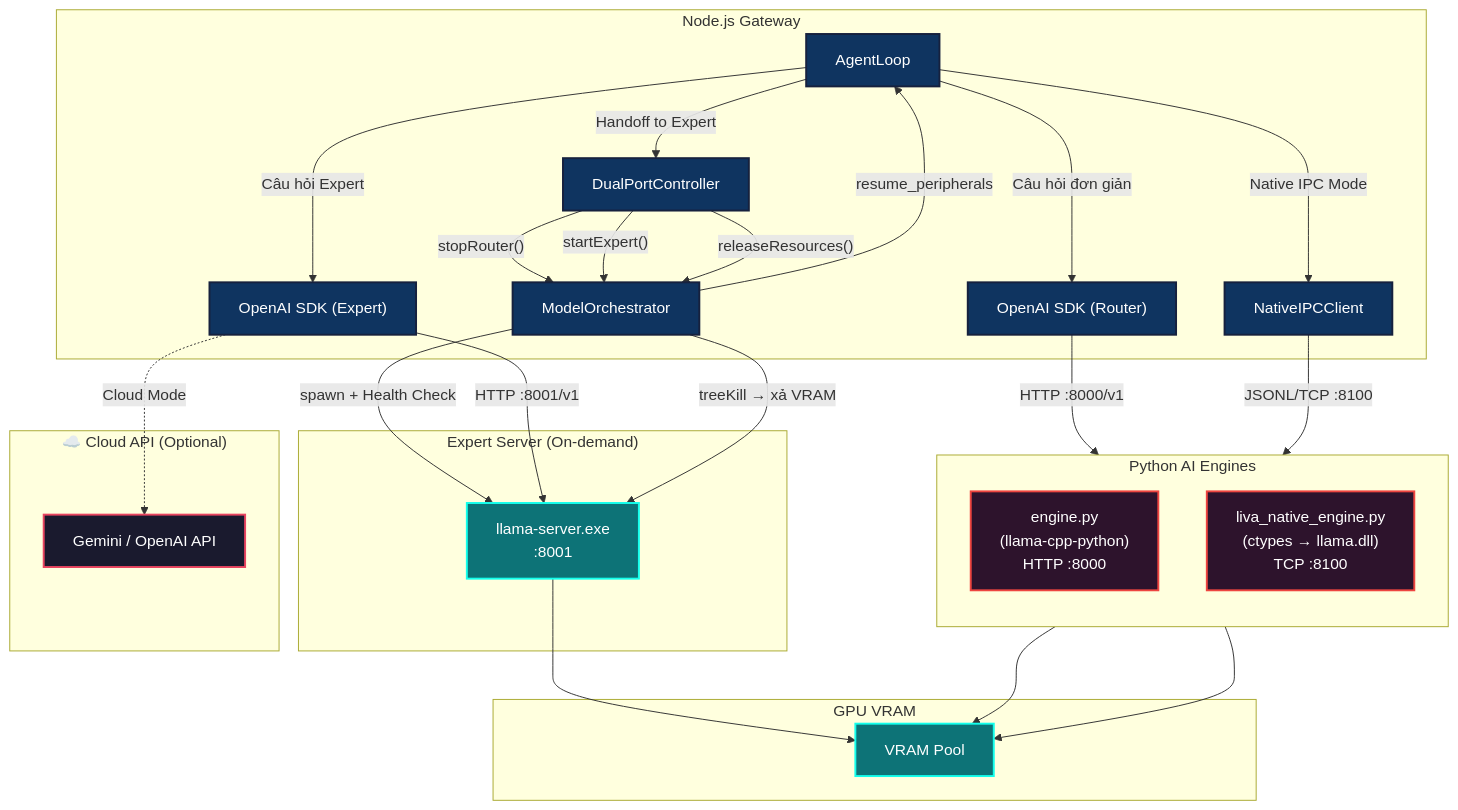
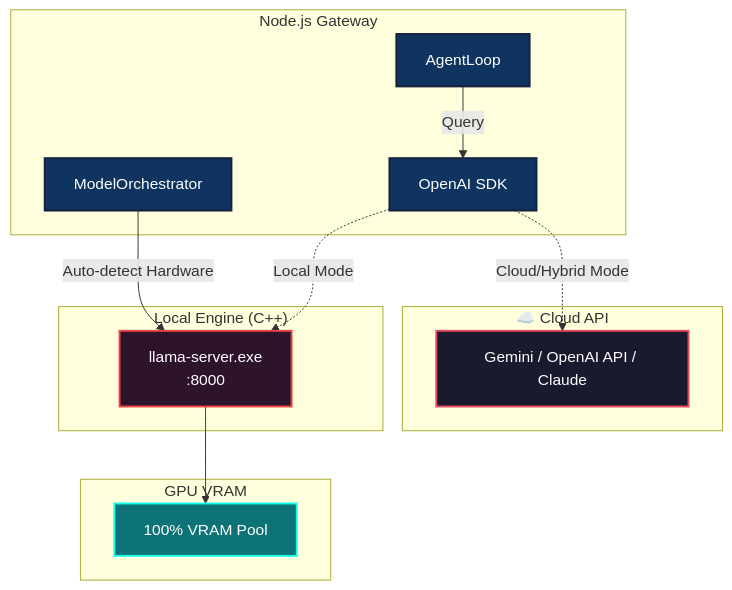
Before and after one commit to DuongNAD/LIVA: the fourth of 7 diagrams in docs/codebase_architecture.md, drawn with Mermaid. The commit also changed other lines of this file and 495 other files, not shown here.

````diff
--- a/docs/codebase_architecture.md
+++ b/docs/codebase_architecture.md
@@ -334,62 +315,38 @@
 ```mermaid
 graph TD
     subgraph Gateway ["Node.js Gateway"]
         AgentLoop["AgentLoop"]
-        DualPort["DualPortController"]
         Orchestrator["ModelOrchestrator"]
-        RouterClient["OpenAI SDK (Router)"]
-        ExpertClient["OpenAI SDK (Expert)"]
-        NativeIPC["NativeIPCClient"]
+        AIClient["OpenAI SDK"]
     end
 
-    subgraph LocalEngine ["Python AI Engines"]
-        direction TB
-        EngineHTTP["engine.py<br/>(llama-cpp-python)<br/>HTTP :8000"]
-        EngineNative["liva_native_engine.py<br/>(ctypes → llama.dll)<br/>TCP :8100"]
-    end
-
-    subgraph ExpertServer ["Expert Server (On-demand)"]
-        LlamaExpert["llama-server.exe<br/>:8001"]
+    subgraph LocalEngine ["Local Engine (C++)"]
+        LlamaServer["llama-server.exe<br/>:8000"]
     end
 
     subgraph GPU ["GPU VRAM"]
-        VRAM["VRAM Pool"]
+        VRAM["100% VRAM Pool"]
     end
 
-    subgraph CloudAPI ["☁️ Cloud API (Optional)"]
-        Gemini["Gemini / OpenAI API"]
+    subgraph CloudAPI ["☁️ Cloud API"]
+        Gemini["Gemini / OpenAI API / Claude"]
     end
 
-    AgentLoop -->|"Câu hỏi đơn giản"| RouterClient
-    AgentLoop -->|"Native IPC Mode"| NativeIPC
+    AgentLoop -->|"Query"| AIClient
+    Orchestrator -->|"Auto-detect Hardware"| LlamaServer
+    
+    AIClient -.->|"Local Mode"| LlamaServer
+    AIClient -.->|"Cloud/Hybrid Mode"| Gemini
 
-    RouterClient -->|"HTTP :8000/v1"| EngineHTTP
-    NativeIPC -->|"JSONL/TCP :8100"| EngineNative
-
-    EngineHTTP --> VRAM
-    EngineNative --> VRAM
-
-    AgentLoop -->|"Handoff to Expert"| DualPort
-    DualPort -->|"stopRouter()"| Orchestrator
-    DualPort -->|"startExpert()"| Orchestrator
-    Orchestrator -->|"spawn + Health Check"| LlamaExpert
-    LlamaExpert --> VRAM
-
-    AgentLoop -->|"Câu hỏi Expert"| ExpertClient
-    ExpertClient -->|"HTTP :8001/v1"| LlamaExpert
-    ExpertClient -.->|"Cloud Mode"| Gemini
-
-    DualPort -->|"releaseResources()"| Orchestrator
-    Orchestrator -->|"treeKill → xả VRAM"| LlamaExpert
-    Orchestrator -->|"resume_peripherals"| AgentLoop
+    LlamaServer --> VRAM
 
     classDef gw fill:#0f3460,stroke:#16213e,stroke-width:2px,color:#fff
     classDef py fill:#2d132c,stroke:#ee4540,stroke-width:2px,color:#fff
     classDef gpu fill:#0d7377,stroke:#14ffec,stroke-width:2px,color:#fff
     classDef cloud fill:#1a1a2e,stroke:#e94560,stroke-width:2px,color:#fff
 
-    class AgentLoop,DualPort,Orchestrator,RouterClient,ExpertClient,NativeIPC gw
-    class EngineHTTP,EngineNative py
-    class LlamaExpert,VRAM gpu
+    class AgentLoop,Orchestrator,AIClient gw
+    class LlamaServer py
+    class VRAM gpu
     class Gemini cloud
 ```
````
